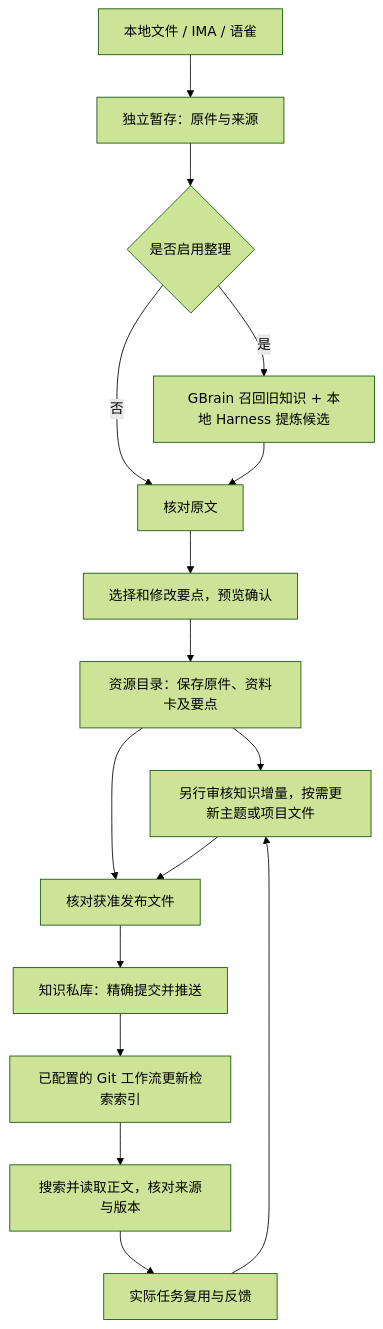
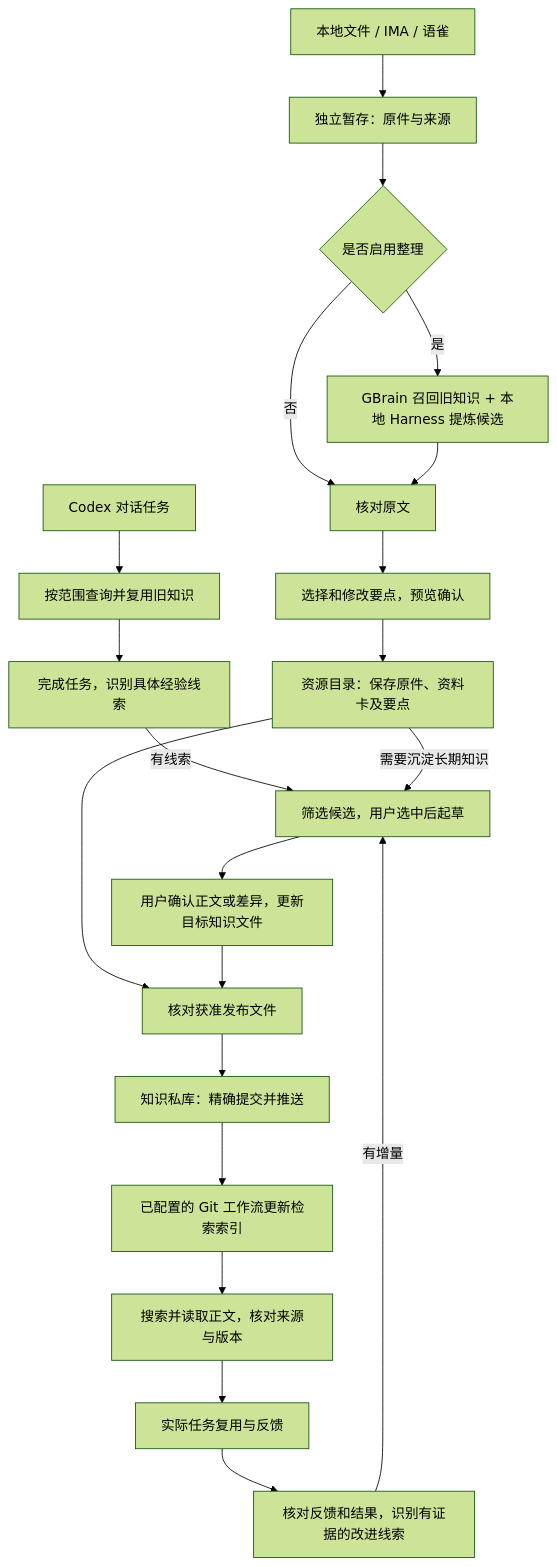
Before and after one commit to Foutlook/EvoKBase: the diagram in docs/知识库使用与流转.md, drawn with Mermaid (forest theme). The commit also changed other lines of this file and 1 other file, not shown here.

````diff
--- a/docs/知识库使用与流转.md
+++ b/docs/知识库使用与流转.md
@@ -109,18 +119,23 @@
 ```mermaid
 flowchart TD
+  T[Codex 对话任务] --> Q[按范围查询并复用旧知识]
+  Q --> R[完成任务，识别具体经验线索]
+  R -->|有线索| H
   A[本地文件 / IMA / 语雀] --> B[独立暂存：原件与来源]
   B --> C{是否启用整理}
   C -->|是| D[GBrain 召回旧知识 + 本地 Harness 提炼候选]
   C -->|否| E[核对原文]
   D --> E
   E --> F[选择和修改要点，预览确认]
   F --> G[资源目录：保存原件、资料卡及要点]
-  G --> H[另行审核知识增量，按需更新主题或项目文件]
+  G -->|需要沉淀长期知识| H[筛选候选，用户选中后起草]
   G --> I[核对获准发布文件]
-  H --> I
+  H --> N[用户确认正文或差异，更新目标知识文件]
+  N --> I
   I --> J[知识私库：精确提交并推送]
   J --> K[已配置的 Git 工作流更新检索索引]
   K --> L[搜索并读取正文，核对来源与版本]
   L --> M[实际任务复用与反馈]
-  M --> H
+  M --> O[核对反馈和结果，识别有证据的改进线索]
+  O -->|有增量| H
 ```
````
